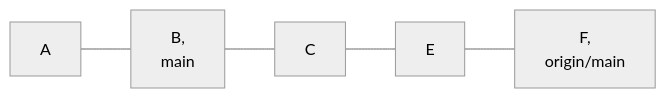
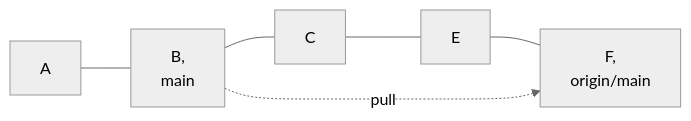
Before and after one commit to hablatraining/git-learning: the eighth of 10 diagrams in README.md, drawn with Mermaid (neutral theme). The commit also changed other lines of this file, not shown here.

````diff
--- a/README.md
+++ b/README.md
@@ -590,7 +721,8 @@
 ```mermaid
 flowchart LR
    A --- B[B,\n main]
    B --- C
    C --- E
    E --- F[F,\n origin/main]
+   B -.-> |pull|F
 ```
````
